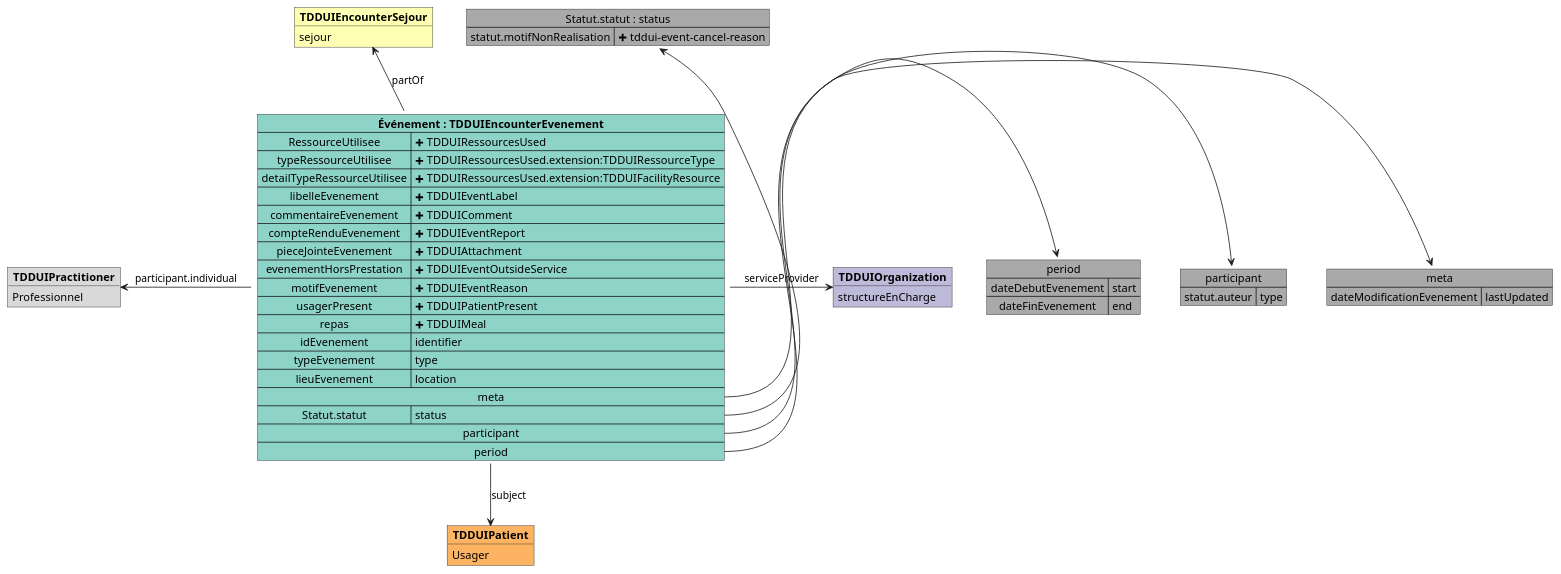
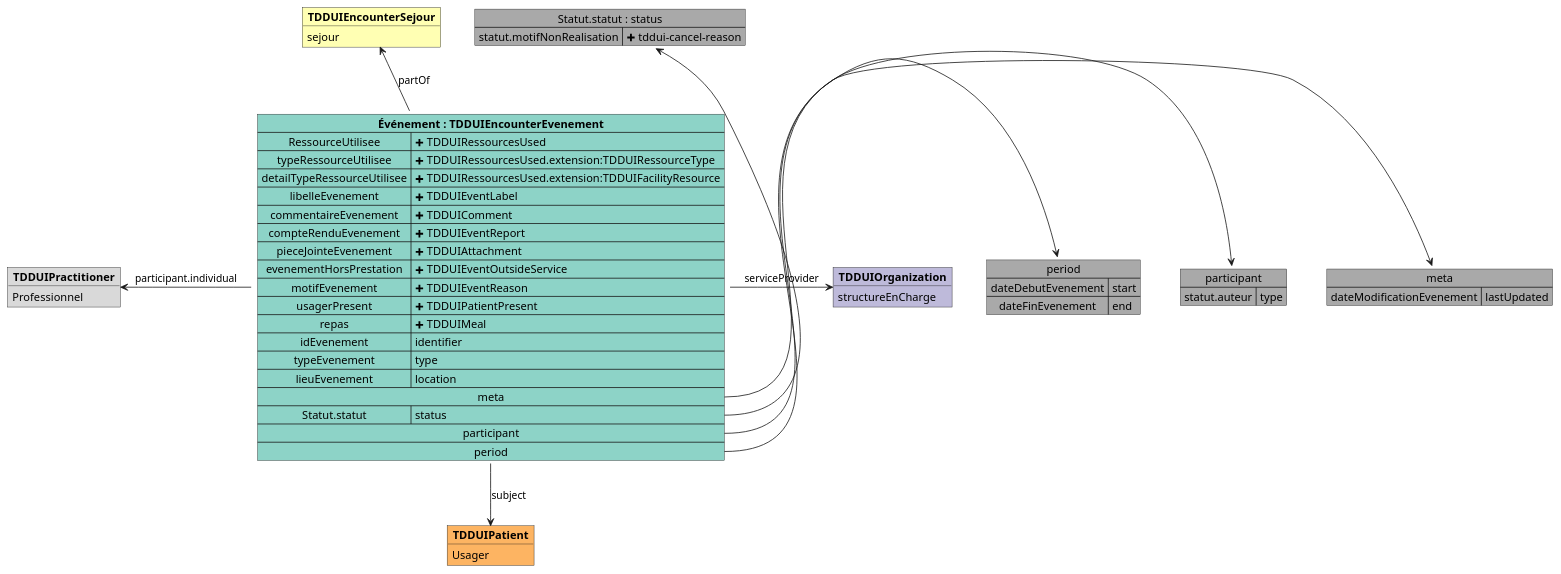
Before and after one commit to ansforge/IG-fhir-medicosocial-transfert-donnees-dui: the diagram in input/images-source/mapping_TDDUIEncounterEvenement.plantuml, drawn with PlantUML. The commit also changed 8 other files, not shown here.

```diff
--- a/input/images-source/mapping_TDDUIEncounterEvenement.plantuml
+++ b/input/images-source/mapping_TDDUIEncounterEvenement.plantuml
@@ -1,64 +1,64 @@
 @startuml
 
 map "meta" as meta #DarkGray {
     dateModificationEvenement => lastUpdated
 }
 
 map "Statut.statut : status" as Statutstatut #DarkGray {
-    statut.motifNonRealisation => <&plus> tddui-event-cancel-reason
+    statut.motifNonRealisation => <&plus> tddui-cancel-reason
 }
 
 map "participant" as participant #DarkGray {
     statut.auteur => type
 }
 
 map "period" as period #DarkGray {
     dateDebutEvenement => start
     dateFinEvenement => end
 }
 
 object "**TDDUIPatient**" as TDDUIPatient #fdb462 {
     Usager
 }
 
 object "**TDDUIPractitioner**" as TDDUIPractitioner #d9d9d9 {
     Professionnel
 }
 
 object "**TDDUIOrganization**" as TDDUIOrganization #bebada {
     structureEnCharge
 }
 
 object "**TDDUIEncounterSejour**" as TDDUIEncounterSejour #ffffb3 {
     sejour
 }
 
 map "**Événement : TDDUIEncounterEvenement**" as Événement #8dd3c7 {
     RessourceUtilisee => <&plus> TDDUIRessourcesUsed
     typeRessourceUtilisee => <&plus> TDDUIRessourcesUsed.extension:TDDUIRessourceType
     detailTypeRessourceUtilisee => <&plus> TDDUIRessourcesUsed.extension:TDDUIMaterialDetail
     detailTypeRessourceUtilisee => <&plus> TDDUIRessourcesUsed.extension:TDDUIFacilityResource
     libelleEvenement => <&plus> TDDUIEventLabel
     commentaireEvenement => <&plus> TDDUIComment
     compteRenduEvenement => <&plus> TDDUIEventReport
     pieceJointeEvenement => <&plus> TDDUIAttachment
     evenementHorsPrestation => <&plus> TDDUIEventOutsideService
     motifEvenement => <&plus> TDDUIEventReason
     usagerPresent => <&plus> TDDUIPatientPresent
     repas => <&plus> TDDUIMeal
     idEvenement => identifier
     typeEvenement => type
     lieuEvenement => location
     meta *-> meta
     Statut.statut => status
     participant *-> participant
     period *-> period
 }
 
 Événement::Statut.statut -u-> Statutstatut
 Événement -d-> TDDUIPatient : subject
 Événement -l-> TDDUIPractitioner : participant.individual
 Événement -r-> TDDUIOrganization : serviceProvider
 Événement -u-> TDDUIEncounterSejour : partOf
 
 @enduml
```
